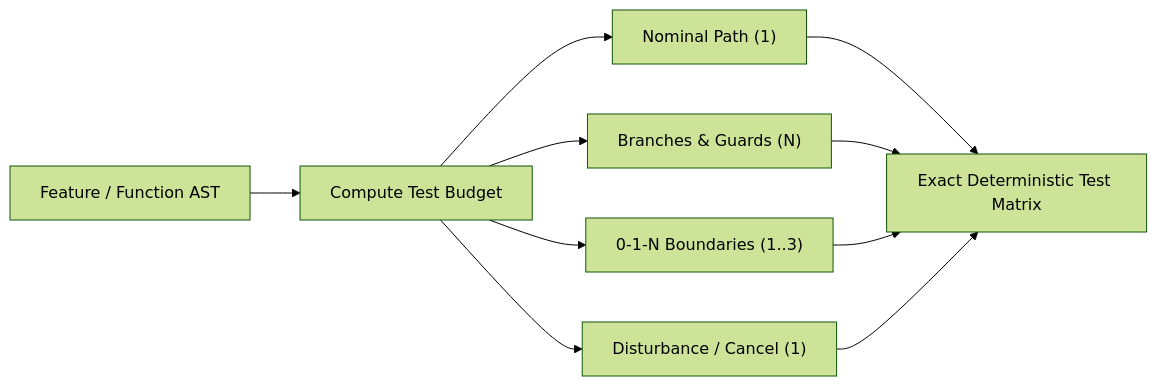
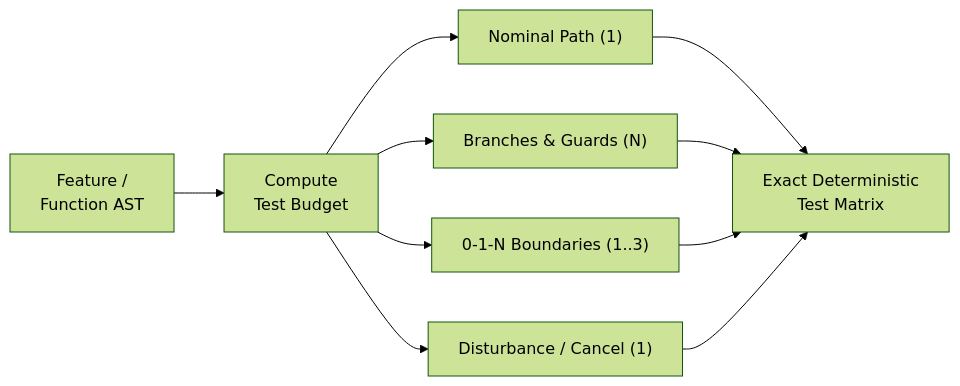
One commit to spelech/AgenticEngineeringToolbelt changed the second of 4 diagrams in docs/standards/testing-harness-patterns.md. Above: the diagram before and after it, drawn with Mermaid (forest theme). The commit also changed other lines of this file and 30 other files, not shown here.

Commit message:
fix(docs): resolve Mermaid foreignObject text clipping, optimize diagram aspect ratios, and add pan-zoom controller

````diff
--- a/docs/standards/testing-harness-patterns.md
+++ b/docs/standards/testing-harness-patterns.md
@@ -149,9 +123,9 @@
 ```mermaid
 flowchart LR
-    AST["Feature / Function AST"] --> Calc["Compute Test Budget"]
+    AST["Feature /<br>Function AST"] --> Calc["Compute<br>Test Budget"]
     Calc --> T1["Nominal Path (1)"]
     Calc --> T2["Branches & Guards (N)"]
     Calc --> T3["0-1-N Boundaries (1..3)"]
     Calc --> T4["Disturbance / Cancel (1)"]
-    T1 & T2 & T3 & T4 --> CompleteSuite["Exact Deterministic Test Matrix"]
+    T1 & T2 & T3 & T4 --> CompleteSuite["Exact Deterministic<br>Test Matrix"]
 ```
````
